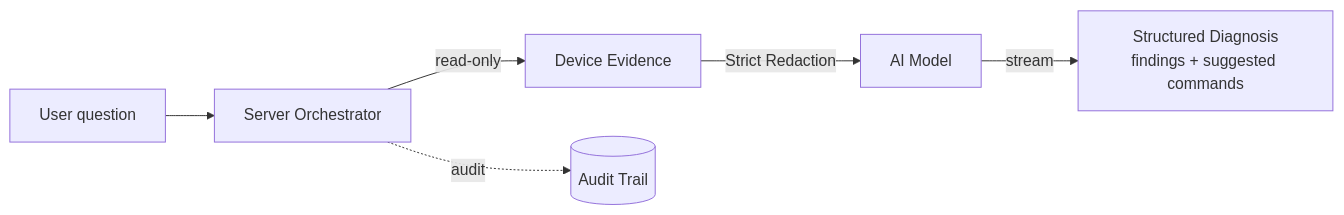
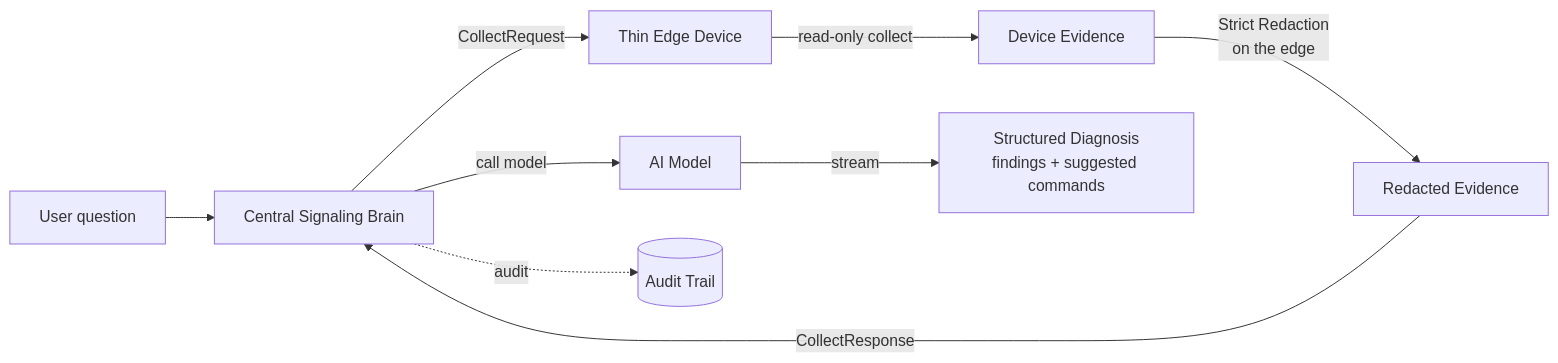
The diagram in docs/features/ai-diagnostics.md (lcxl-remote/lcxl-remote-desk-web), drawn with Mermaid before and after one commit. The commit also changed other lines of this file and 5 other files, not shown here.

First line of the commit message:
docs: describe AI as central brain + thin edge (bilingual)

````diff
--- a/docs/features/ai-diagnostics.md
+++ b/docs/features/ai-diagnostics.md
@@ -9,8 +9,11 @@
 ```mermaid
 graph LR
-    user[User question] --> orch[Server Orchestrator]
-    orch -->|read-only| evidence[Device Evidence]
-    evidence -->|Strict Redaction| model[AI Model]
+    user[User question] --> central[Central Signaling Brain]
+    central -->|CollectRequest| edge[Thin Edge Device]
+    edge -->|read-only collect| evidence[Device Evidence]
+    evidence -->|Strict Redaction<br/>on the edge| redacted[Redacted Evidence]
+    redacted -->|CollectResponse| central
+    central -->|call model| model[AI Model]
     model -->|stream| diag[Structured Diagnosis<br/>findings + suggested commands]
-    orch -.audit.-> audit[(Audit Trail)]
+    central -.audit.-> audit[(Audit Trail)]
 ```
````
